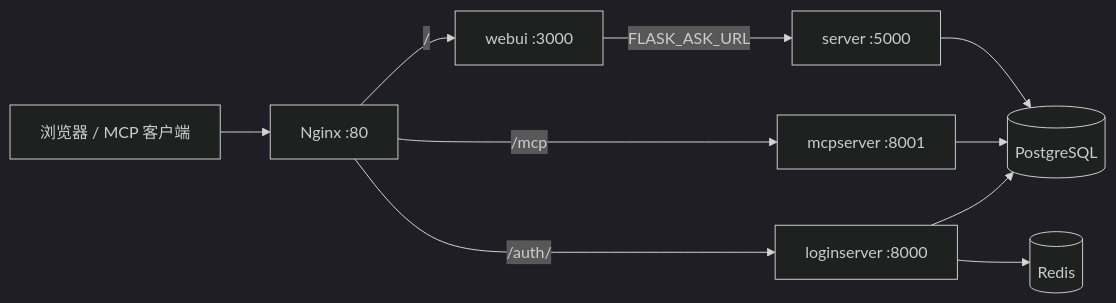
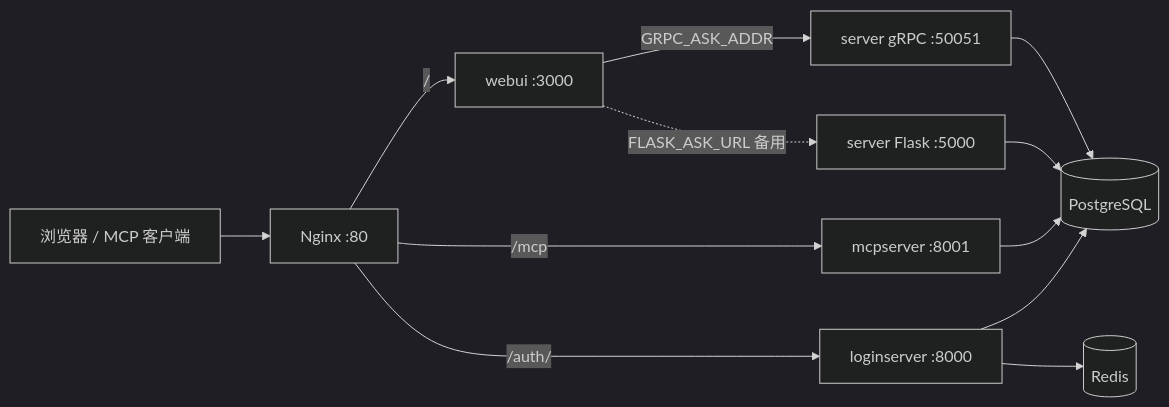
The diagram in README.md (vip001/LLM), drawn with Mermaid (dark theme) before and after one commit. The commit also changed other lines of this file and 21 other files, not shown here.

````diff
--- a/README.md
+++ b/README.md
@@ -19,21 +20,24 @@
 ```mermaid
 flowchart LR
   Browser[浏览器 / MCP 客户端]
   Nginx[Nginx :80]
   WebUI[webui :3000]
   Login[loginserver :8000]
   MCP[mcpserver :8001]
-  Flask[server :5000]
+  Flask[server Flask :5000]
+  GrpcAsk[server gRPC :50051]
   PG[(PostgreSQL)]
   Redis[(Redis)]
 
   Browser --> Nginx
   Nginx -->|"/"| WebUI
   Nginx -->|"/auth/"| Login
   Nginx -->|"/mcp"| MCP
-  WebUI -->|FLASK_ASK_URL| Flask
+  WebUI -->|GRPC_ASK_ADDR| GrpcAsk
+  WebUI -.->|FLASK_ASK_URL 备用| Flask
   Login --> PG
   Login --> Redis
   MCP --> PG
   Flask --> PG
+  GrpcAsk --> PG
 ```
````
